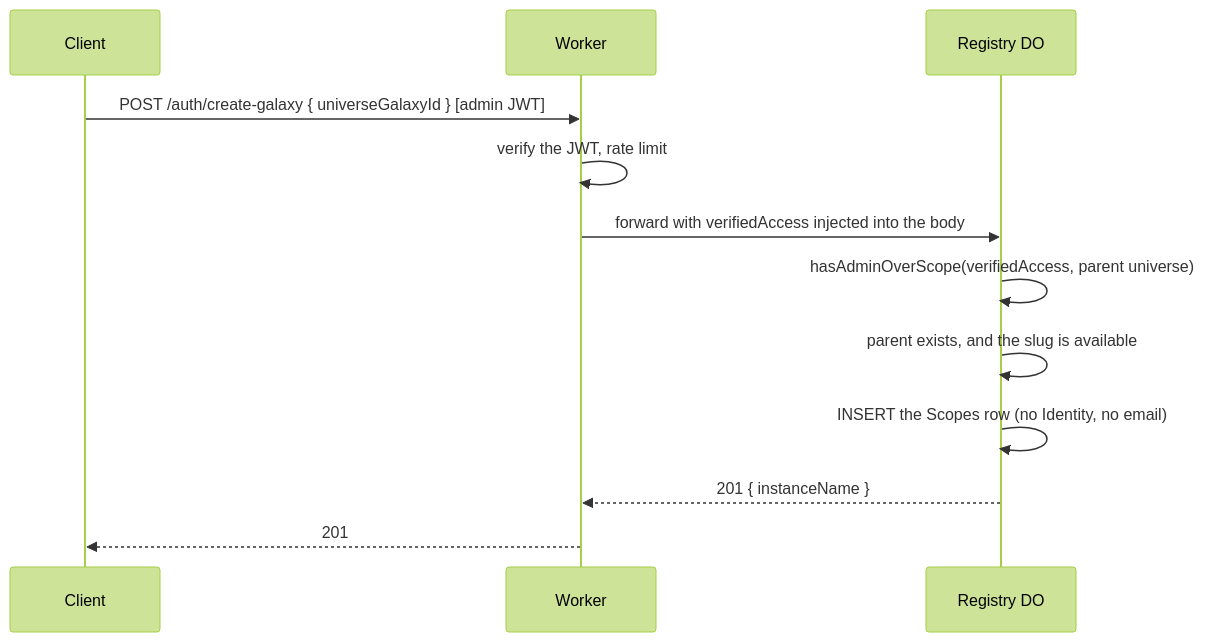
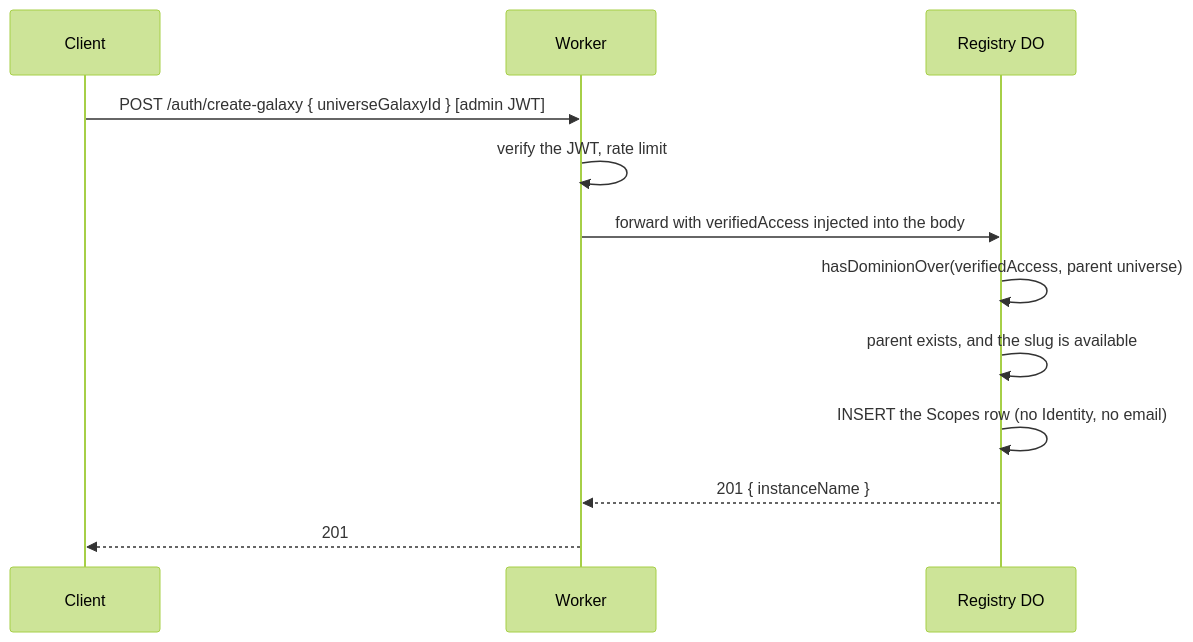
The fifth of 8 diagrams in packages/nebula-auth/README.md (lumenize/lumenize), drawn with Mermaid (forest theme) before and after one commit. The commit also changed other lines of this file and 78 other files, not shown here.

````diff
--- a/packages/nebula-auth/README.md
+++ b/packages/nebula-auth/README.md
@@ -294,15 +294,15 @@
 ```mermaid
 sequenceDiagram
     participant C as Client
     participant W as Worker
     participant R as Registry DO
 
     C->>W: POST /auth/create-galaxy { universeGalaxyId } [admin JWT]
     W->>W: verify the JWT, rate limit
     W->>R: forward with verifiedAccess injected into the body
-    R->>R: hasAdminOverScope(verifiedAccess, parent universe)
+    R->>R: hasDominionOver(verifiedAccess, parent universe)
     R->>R: parent exists, and the slug is available
     R->>R: INSERT the Scopes row (no Identity, no email)
     R-->>W: 201 { instanceName }
     W-->>C: 201
 ```
````
